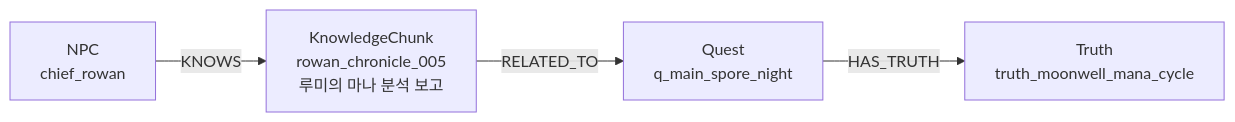
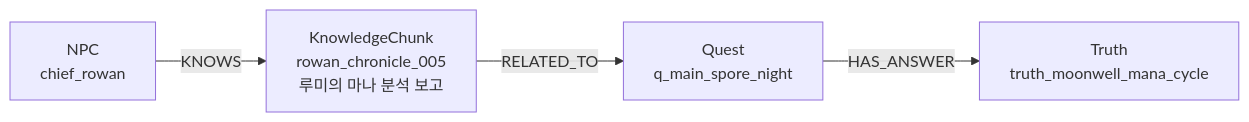
One commit to HRDI0/npc_persona changed the sixth of 7 diagrams in docs/NEO4J_GRAPH_STRUCTURE_VISUAL_GUIDE.md. Above: the diagram before and after it, drawn with Mermaid. The commit also changed other lines of this file and 2 other files, not shown here.

````diff
--- a/docs/NEO4J_GRAPH_STRUCTURE_VISUAL_GUIDE.md
+++ b/docs/NEO4J_GRAPH_STRUCTURE_VISUAL_GUIDE.md
@@ -234,11 +234,11 @@
 ```mermaid
 flowchart LR
     Rowan[NPC<br/>chief_rowan]
     K005[KnowledgeChunk<br/>rowan_chronicle_005<br/>루미의 마나 분석 보고]
     Quest[Quest<br/>q_main_spore_night]
     Truth[Truth<br/>truth_moonwell_mana_cycle]
 
     Rowan -->|KNOWS| K005
     K005 -->|RELATED_TO| Quest
-    Quest -->|HAS_TRUTH| Truth
+    Quest -->|HAS_ANSWER| Truth
 ```
````
